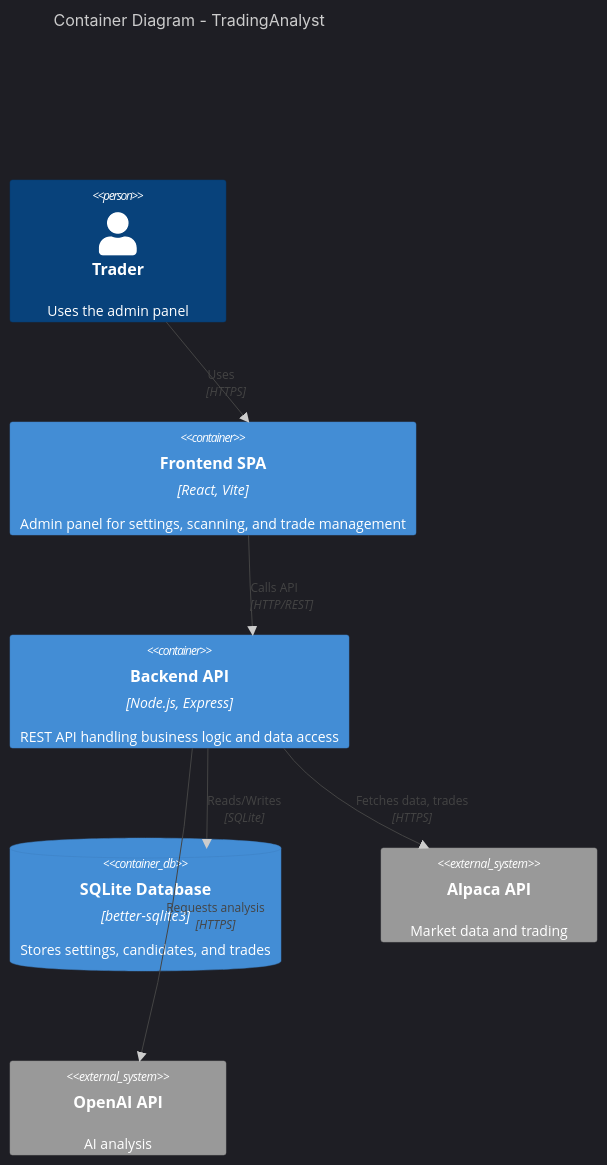
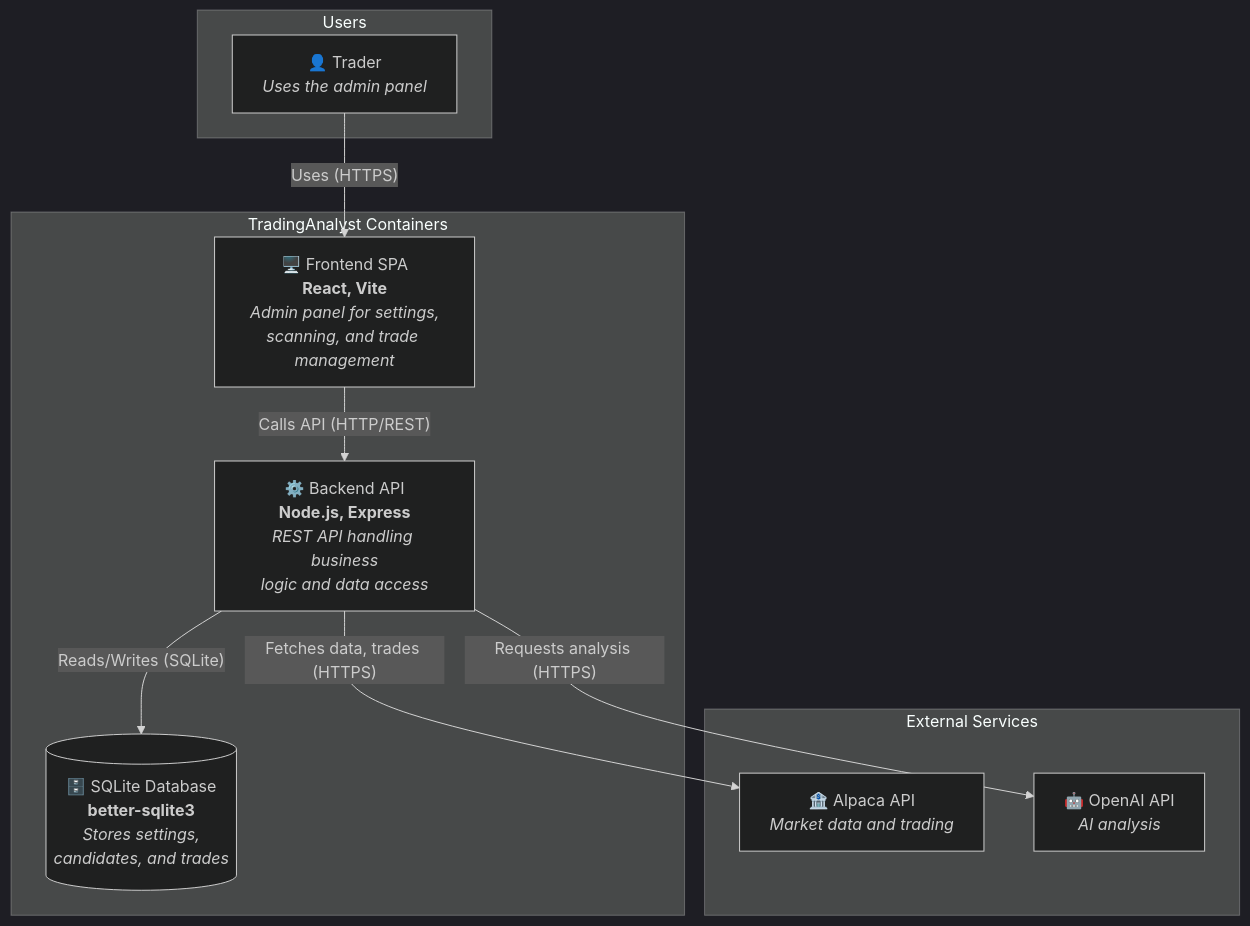
Before and after one commit to nickdev-cloud/TradingAnalyst: the third of 29 diagrams in ARCHITECTURE_DOCUMENTATION-CLAUDE.md, drawn with Mermaid (dark theme). The commit also changed other lines of this file, not shown here.

Commit message:
test claude - cleanup documentation

````diff
--- a/ARCHITECTURE_DOCUMENTATION-CLAUDE.md
+++ b/ARCHITECTURE_DOCUMENTATION-CLAUDE.md
@@ -240,19 +244,23 @@
 ```mermaid
-C4Container
-    title Container Diagram - TradingAnalyst
+graph TB
+    subgraph "Users"
+        Trader["👤 Trader<br/><i>Uses the admin panel</i>"]
+    end
 
-    Person(trader, "Trader", "Uses the admin panel")
+    subgraph "TradingAnalyst Containers"
+        Frontend["🖥️ Frontend SPA<br/><b>React, Vite</b><br/><i>Admin panel for settings,<br/>scanning, and trade management</i>"]
+        Backend["⚙️ Backend API<br/><b>Node.js, Express</b><br/><i>REST API handling business<br/>logic and data access</i>"]
+        SQLite[("🗄️ SQLite Database<br/><b>better-sqlite3</b><br/><i>Stores settings,<br/>candidates, and trades</i>")]
+    end
 
-    Container(frontend, "Frontend SPA", "React, Vite", "Admin panel for settings, scanning, and trade management")
-    Container(backend, "Backend API", "Node.js, Express", "REST API handling business logic and data access")
-    ContainerDb(sqlite, "SQLite Database", "better-sqlite3", "Stores settings, candidates, and trades")
+    subgraph "External Services"
+        Alpaca["🏦 Alpaca API<br/><i>Market data and trading</i>"]
+        OpenAI["🤖 OpenAI API<br/><i>AI analysis</i>"]
+    end
 
-    System_Ext(alpaca, "Alpaca API", "Market data and trading")
-    System_Ext(openai, "OpenAI API", "AI analysis")
-
-    Rel(trader, frontend, "Uses", "HTTPS")
-    Rel(frontend, backend, "Calls API", "HTTP/REST")
-    Rel(backend, sqlite, "Reads/Writes", "SQLite")
-    Rel(backend, alpaca, "Fetches data, trades", "HTTPS")
-    Rel(backend, openai, "Requests analysis", "HTTPS")
+    Trader -->|"Uses (HTTPS)"| Frontend
+    Frontend -->|"Calls API (HTTP/REST)"| Backend
+    Backend -->|"Reads/Writes (SQLite)"| SQLite
+    Backend -->|"Fetches data, trades (HTTPS)"| Alpaca
+    Backend -->|"Requests analysis (HTTPS)"| OpenAI
 ```
````
